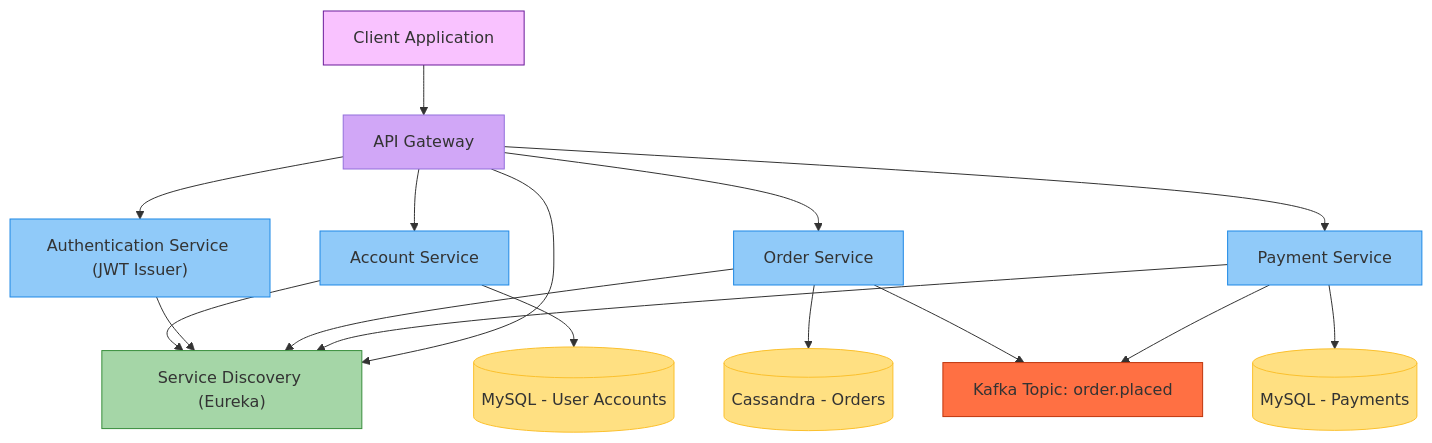
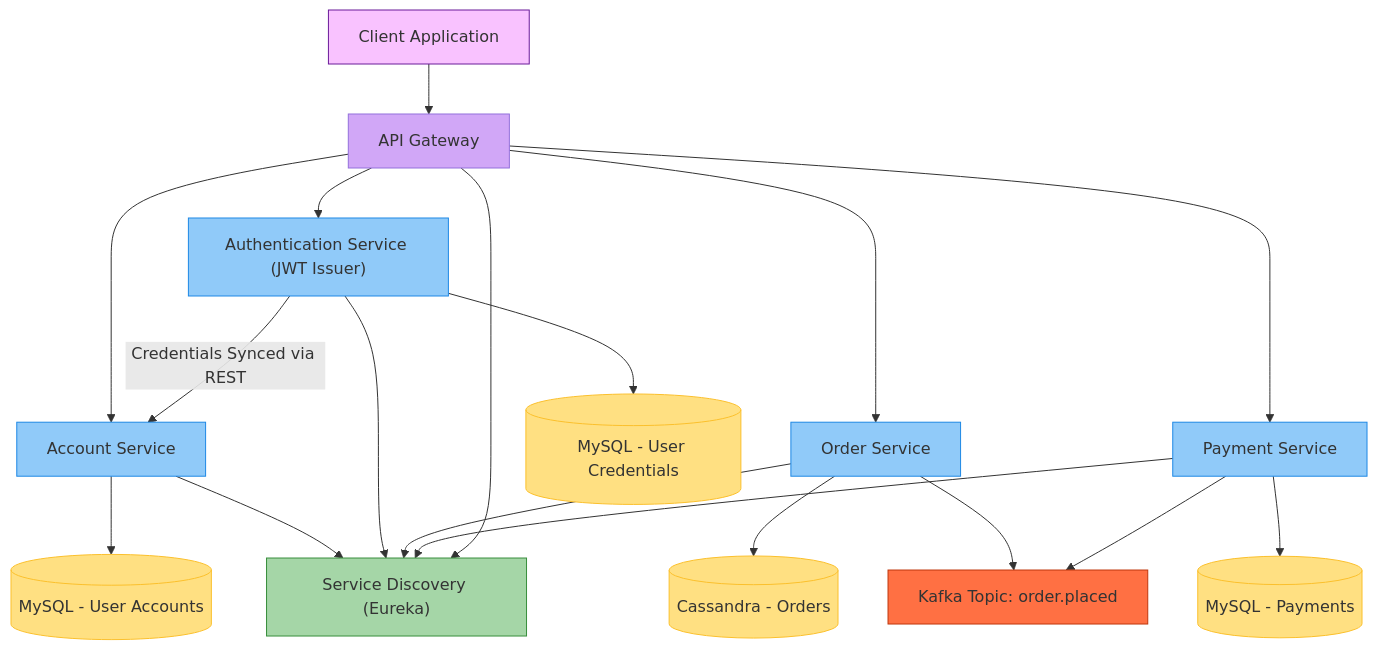
The diagram in README.md (EricYoung37/sMall), drawn with Mermaid before and after one commit. The commit also changed 27 other files, not shown here.

Commit message:
auth-service register, login, logout, update password, refresh token implemented. TODO: account-service behind auth and remove pwd for account-service DB.

````diff
--- a/README.md
+++ b/README.md
@@ -6,38 +6,41 @@
 ```mermaid
 graph TD
     ClientApp[Client Application] --> APIGateway[API Gateway]
 
     APIGateway --> AuthService["Authentication Service (JWT Issuer)"]
     APIGateway --> AccountService[Account Service]
     APIGateway --> OrderService[Order Service]
     APIGateway --> PaymentService[Payment Service]
     
     AccountService --> MySQL_Accounts[(MySQL - User Accounts)]
+    AuthService --> MySQL_Credentials[(MySQL - User Credentials)]
     OrderService --> CassandraOrders[(Cassandra - Orders)]
     PaymentService --> MySQL_Payments[(MySQL - Payments)]
+    
+    AuthService -- Credentials Synced via REST --> AccountService
     
     AccountService --> Eureka["Service Discovery (Eureka)"]
     AuthService --> Eureka
     OrderService --> Eureka
     PaymentService --> Eureka
     APIGateway --> Eureka
     
     OrderService --> Kafka[Kafka Topic: order.placed]
     PaymentService --> Kafka
     
     %% Define styles for different categories
     classDef clientApp fill:#f9c2ff,stroke:#6a1b9a;
     classDef apiGateway fill:#d1a7f7;
     classDef services fill:#90caf9,stroke:#1e88e5;
     classDef serviceDiscovery fill:#a5d6a7,stroke:#388e3c;
     classDef kafka fill:#ff7043,stroke:#bf360c;
     classDef databases fill:#ffe082,stroke:#fbc02d;
     
     %% Apply styles
     class ClientApp clientApp;
     class APIGateway apiGateway;
     class AuthService,AccountService,OrderService,PaymentService services;
     class Eureka serviceDiscovery;
     class Kafka kafka;
-    class MySQL_Accounts,CassandraOrders,MySQL_Payments databases;
+    class MySQL_Accounts,MySQL_Credentials,CassandraOrders,MySQL_Payments databases;
 ```
````
